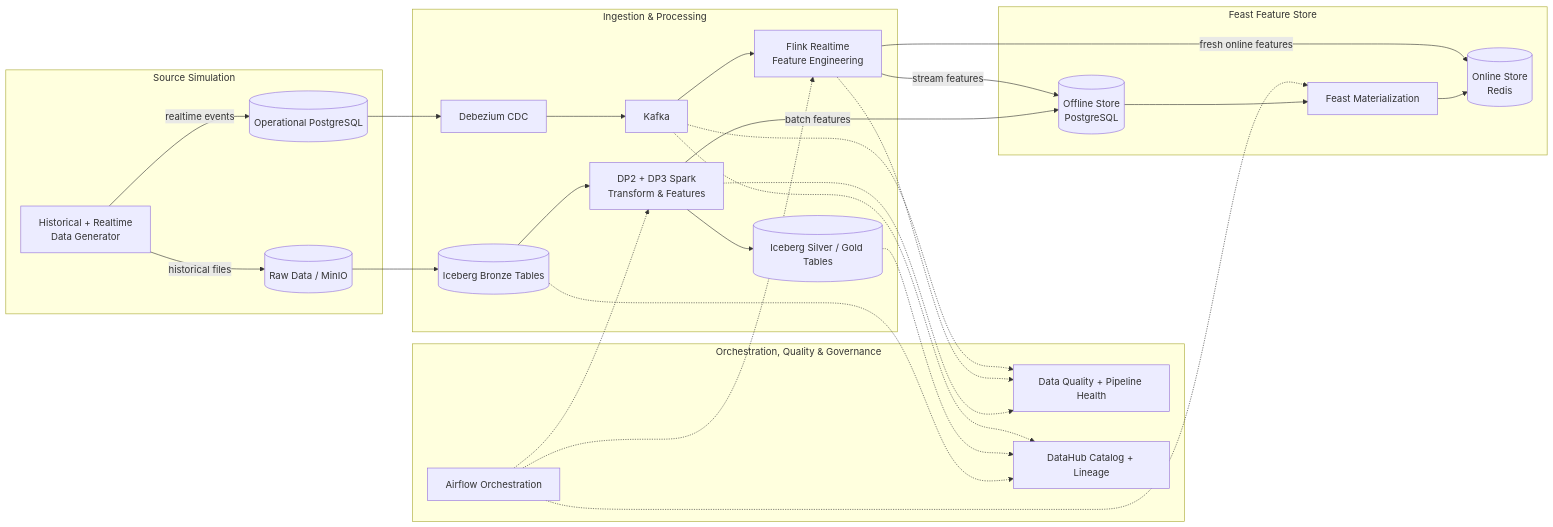
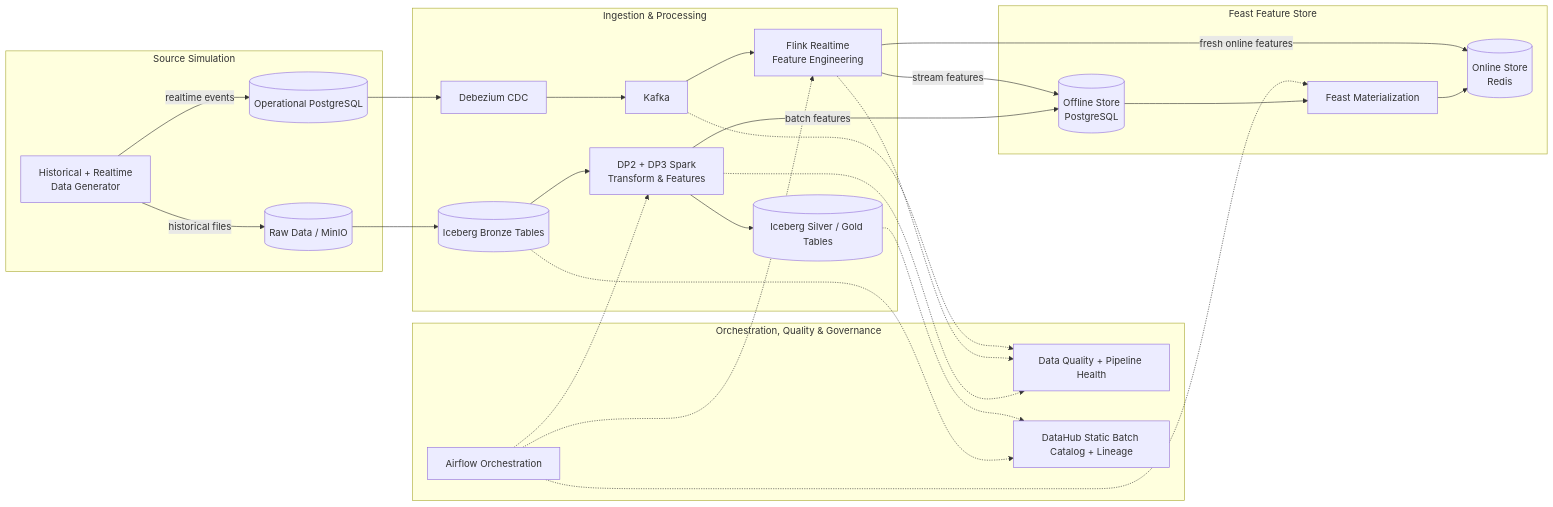
Before and after one commit to itsmekhoathekid/RecSys-MLops: the third of 4 diagrams in README.md, drawn with Mermaid. The commit also changed other lines of this file and 85 other files, not shown here.

Commit message:
refactor: use static DataHub dataset lineage

````diff
--- a/README.md
+++ b/README.md
@@ -200,50 +200,49 @@
 ```mermaid
 flowchart LR
   subgraph Sources["Source Simulation"]
     Generator["Historical + Realtime<br/>Data Generator"]
     SourceDB[("Operational PostgreSQL")]
     Raw[("Raw Data / MinIO")]
     Generator -->|historical files| Raw
     Generator -->|realtime events| SourceDB
   end
 
   subgraph Processing["Ingestion & Processing"]
     Debezium["Debezium CDC"]
     Kafka["Kafka"]
     BronzeLake[("Iceberg Bronze Tables")]
     Spark["DP2 + DP3 Spark<br/>Transform & Features"]
     SilverGoldLake[("Iceberg Silver / Gold Tables")]
     Flink["Flink Realtime<br/>Feature Engineering"]
 
     Raw --> BronzeLake --> Spark --> SilverGoldLake
     SourceDB --> Debezium --> Kafka --> Flink
   end
 
   subgraph Features["Feast Feature Store"]
     Offline[("Offline Store<br/>PostgreSQL")]
     Materialize["Feast Materialization"]
     Online[("Online Store<br/>Redis")]
 
     Offline --> Materialize --> Online
   end
 
   Spark -->|batch features| Offline
   Flink -->|stream features| Offline
   Flink -->|fresh online features| Online
 
   subgraph Control["Orchestration, Quality & Governance"]
     Airflow["Airflow Orchestration"]
     DataChecks["Data Quality + Pipeline Health"]
-    DataHub["DataHub Catalog + Lineage"]
+    DataHub["DataHub Static Batch Catalog + Lineage"]
   end
 
   Airflow -.-> Spark
   Airflow -.-> Flink
   Airflow -.-> Materialize
   Spark -.-> DataChecks
   Flink -.-> DataChecks
   Kafka -.-> DataChecks
   BronzeLake -.-> DataHub
   SilverGoldLake -.-> DataHub
-  Kafka -.-> DataHub
 ```
````
